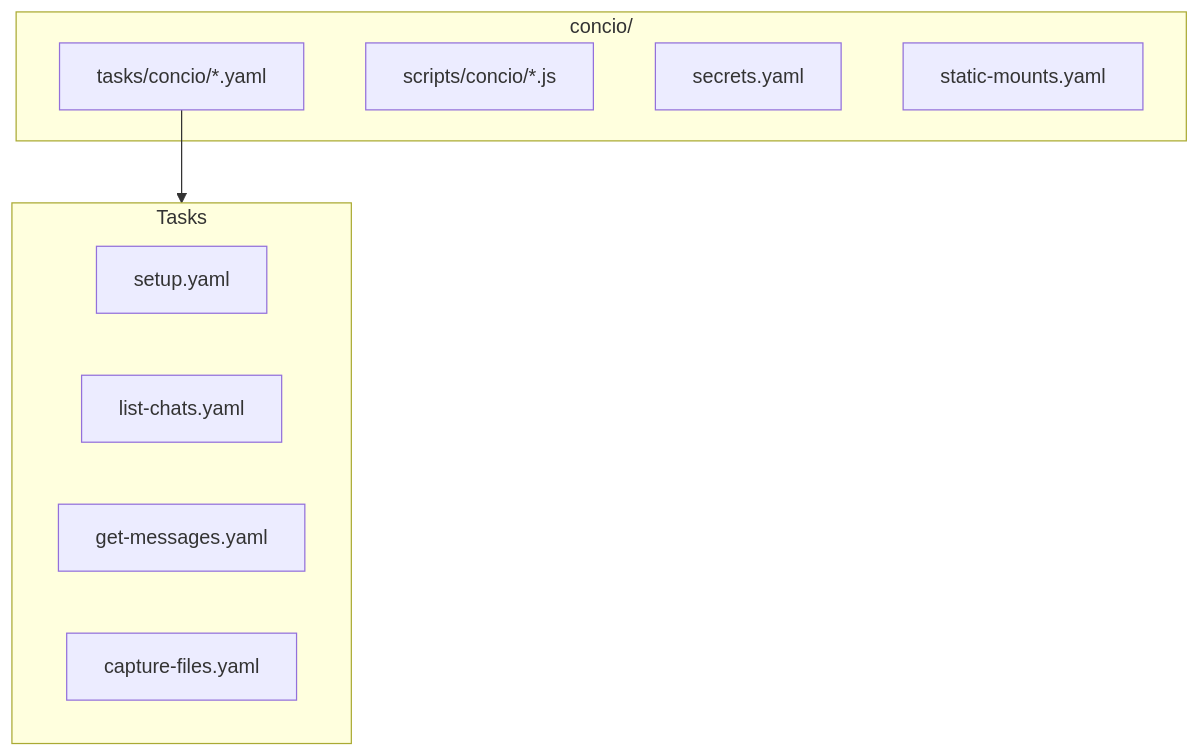
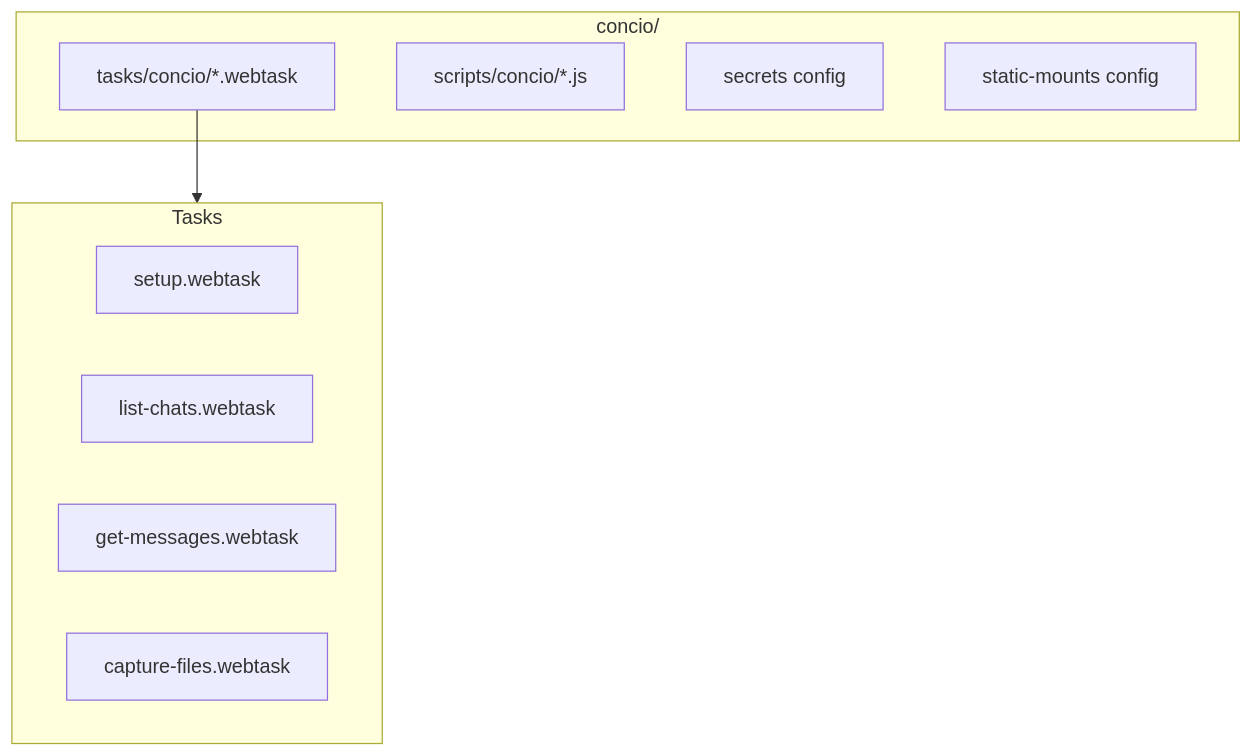
Before and after one commit to olivierdevelops/webtasks: the first of 2 diagrams in docs/demos/concio.md, drawn with Mermaid. The commit also changed other lines of this file and 72 other files, not shown here.

````diff
--- a/docs/demos/concio.md
+++ b/docs/demos/concio.md
@@ -28,18 +28,18 @@
 ```mermaid
 flowchart TB
     subgraph bundle["concio/"]
-        tasks["tasks/concio/*.yaml"]
+        tasks["tasks/concio/*.webtask"]
         scripts["scripts/concio/*.js"]
-        secrets["secrets.yaml"]
-        mounts["static-mounts.yaml"]
+        secrets["secrets config"]
+        mounts["static-mounts config"]
     end
 
     subgraph tasks_detail["Tasks"]
-        setup[setup.yaml]
-        list[list-chats.yaml]
-        msgs[get-messages.yaml]
-        files[capture-files.yaml]
+        setup[setup.webtask]
+        list[list-chats.webtask]
+        msgs[get-messages.webtask]
+        files[capture-files.webtask]
     end
 
     tasks --> tasks_detail
 ```
````
